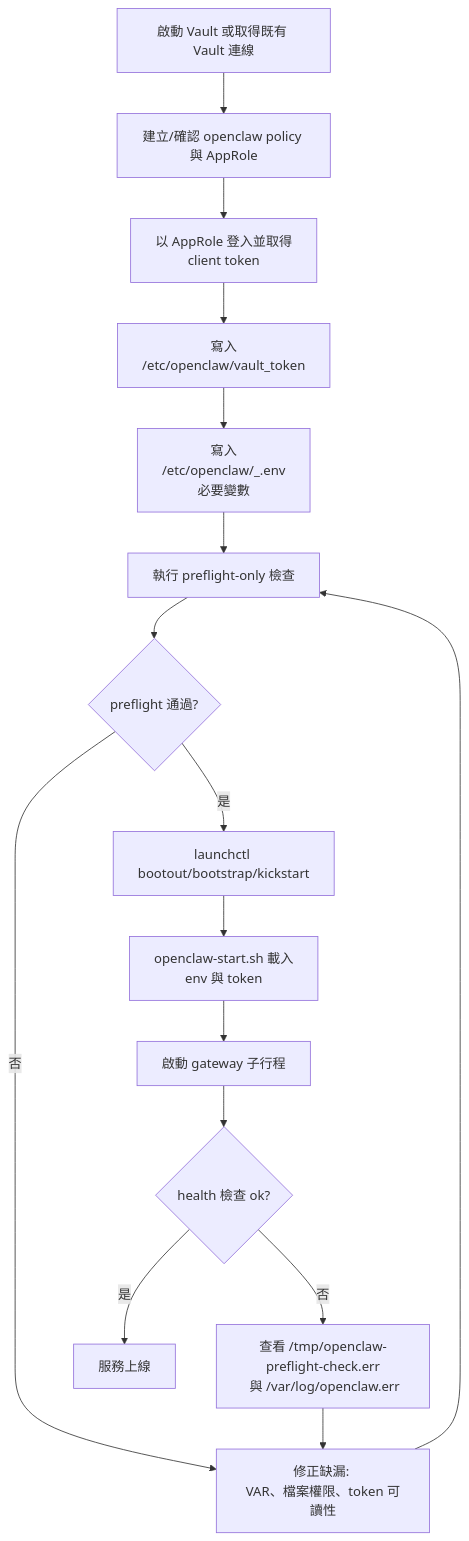
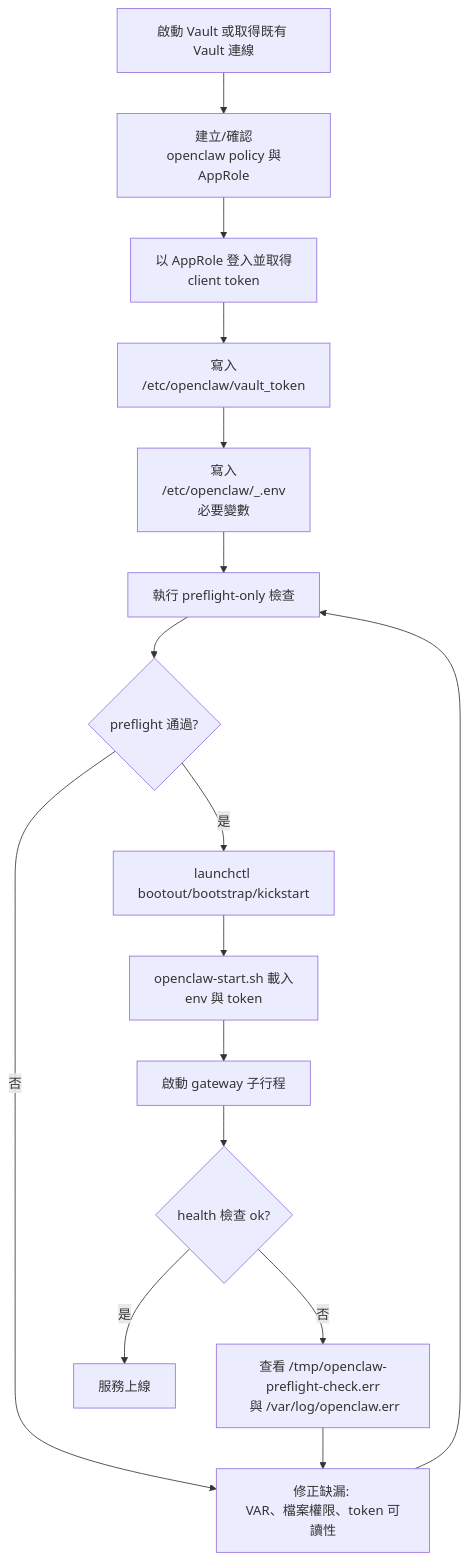
The diagram in NLP/OpenClaw/VaultLinkings.md (sinotec2/AIEE), drawn with Mermaid before and after one commit.

Commit message:
修正流程圖中的換行符號，以改善可讀性

````diff
--- a/NLP/OpenClaw/VaultLinkings.md
+++ b/NLP/OpenClaw/VaultLinkings.md
@@ -55,21 +55,21 @@
 ```mermaid
 flowchart TD
-  A[啟動 Vault 或取得既有 Vault 連線] --> B[建立/確認 openclaw policy 與 AppRole]
+  A[啟動 Vault 或取得既有 Vault 連線] --> B[建立/確認<br> openclaw policy 與 AppRole]
   B --> C[以 AppRole 登入並取得<br> client token]
   C --> D[寫入<br> /etc/openclaw/vault_token]
   D --> E[寫入 <br>/etc/openclaw/_.env <br>必要變數]
   E --> F[執行 preflight-only 檢查]
 
   F --> G{preflight 通過?}
   G -- 否 --> H[修正缺漏: <br>VAR、檔案權限、token 可讀性]
   H --> F
 
   G -- 是 --> I[launchctl <br>bootout/bootstrap/kickstart]
   I --> J[openclaw-start.sh 載入<br> env 與 token]
   J --> K[啟動 gateway 子行程]
   K --> L{health 檢查 ok?}
 
   L -- 否 --> M[查看 /tmp/openclaw-preflight-check.err<br> 與 /var/log/openclaw.err]
   M --> H
   L -- 是 --> N[服務上線]
 ```
````
